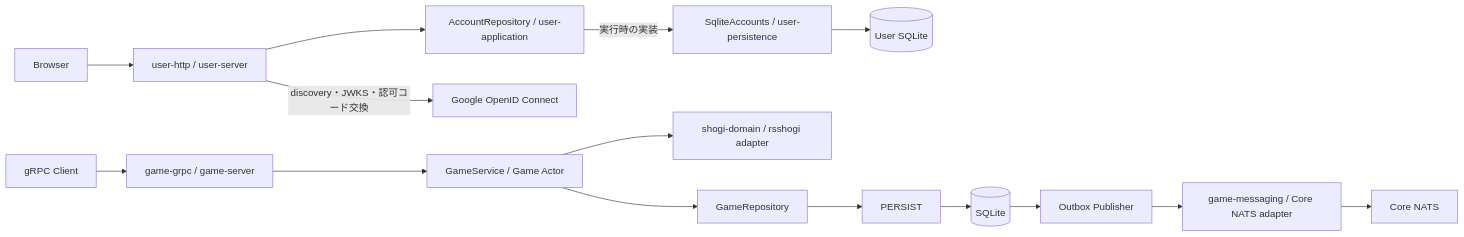
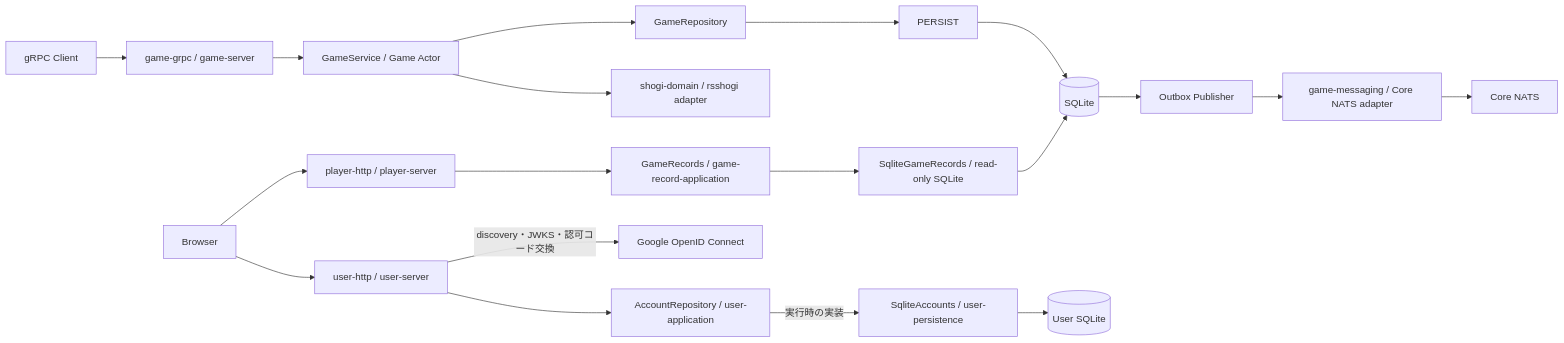
The first of 6 diagrams in docs/design/architecture.md (take44444/shogi-backend), drawn with Mermaid before and after one commit. The commit also changed other lines of this file and 30 other files, not shown here.

Commit message:
Implement game record API

````diff
--- a/docs/design/architecture.md
+++ b/docs/design/architecture.md
@@ -31,17 +33,21 @@
 ```mermaid
 flowchart LR
   C[gRPC Client] --> RPC[game-grpc / game-server]
   WEB[Browser] --> HTTP[user-http / user-server]
+  WEB --> PLAYER[player-http / player-server]
+  PLAYER --> RECORD[GameRecords / game-record-application]
+  RECORD --> READER[SqliteGameRecords / read-only SQLite]
+  READER --> DB
   HTTP --> UR[AccountRepository / user-application]
   UR -->|実行時の実装| UP[SqliteAccounts / user-persistence]
   UP --> UDB[(User SQLite)]
   HTTP -->|discovery・JWKS・認可コード交換| GOOGLE[Google OpenID Connect]
   RPC --> APP[GameService / Game Actor]
   APP --> DOMAIN[shogi-domain / rsshogi adapter]
   APP --> GR[GameRepository]
   GR --> PERSIST
   PERSIST --> DB[(SQLite)]
   DB --> OUT[Outbox Publisher]
   OUT --> MSG[game-messaging / Core NATS adapter]
   MSG --> NATS[Core NATS]
 ```
````
